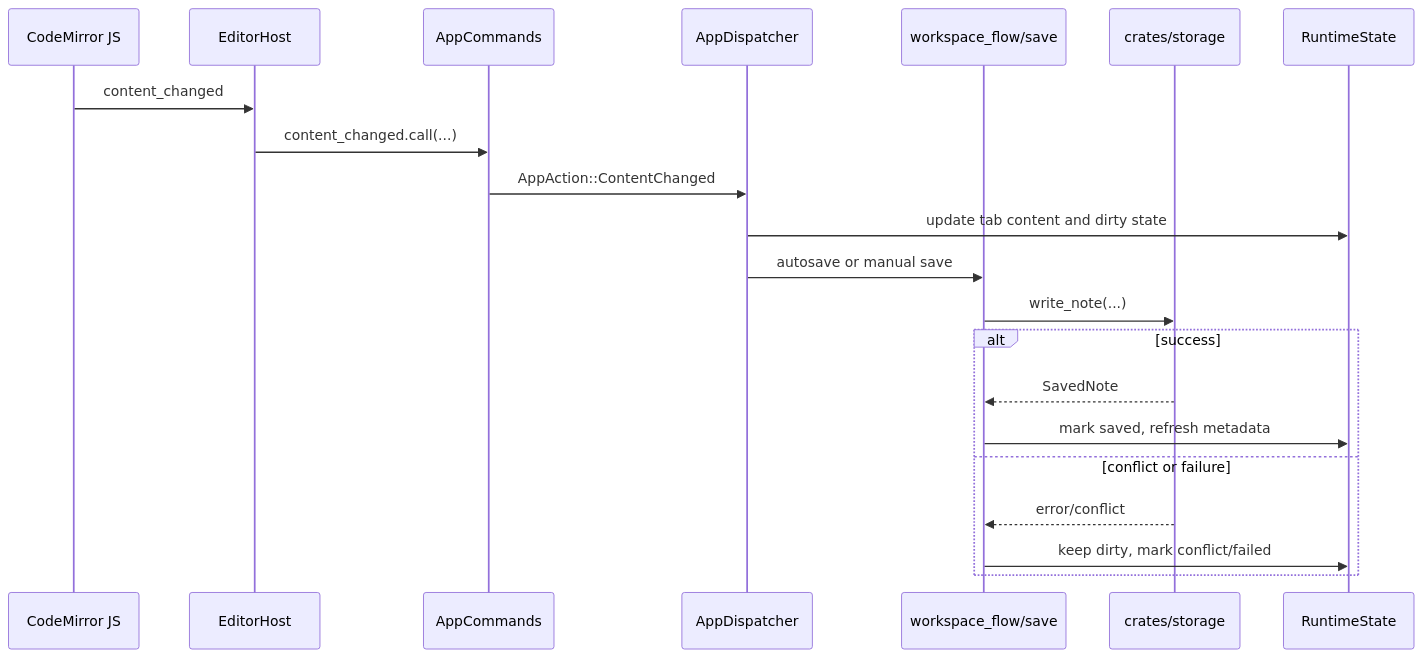
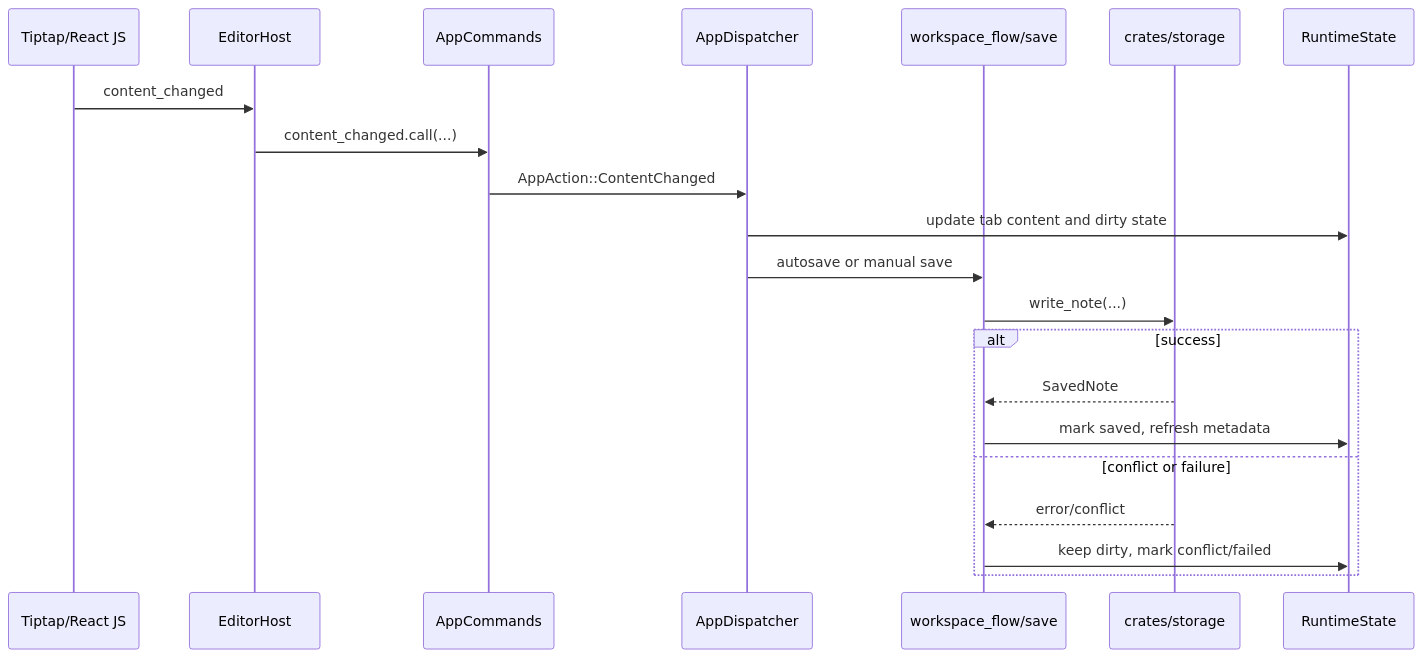
Before and after one commit to Youzi2233/papyro: the fifth of 8 diagrams in docs/architecture.md, drawn with Mermaid. The commit also changed other lines of this file and 25 other files, not shown here.

Commit message:
refactor: establish tiptap react island

````diff
--- a/docs/architecture.md
+++ b/docs/architecture.md
@@ -415,24 +417,24 @@
 ```mermaid
 sequenceDiagram
-    participant JS as CodeMirror JS
+    participant JS as Tiptap/React JS
     participant Host as EditorHost
     participant Commands as AppCommands
     participant App as AppDispatcher
     participant Flow as workspace_flow/save
     participant Storage as crates/storage
     participant State as RuntimeState
 
     JS->>Host: content_changed
     Host->>Commands: content_changed.call(...)
     Commands->>App: AppAction::ContentChanged
     App->>State: update tab content and dirty state
     App->>Flow: autosave or manual save
     Flow->>Storage: write_note(...)
     alt success
         Storage-->>Flow: SavedNote
         Flow->>State: mark saved, refresh metadata
     else conflict or failure
         Storage-->>Flow: error/conflict
         Flow->>State: keep dirty, mark conflict/failed
     end
 ```
````
